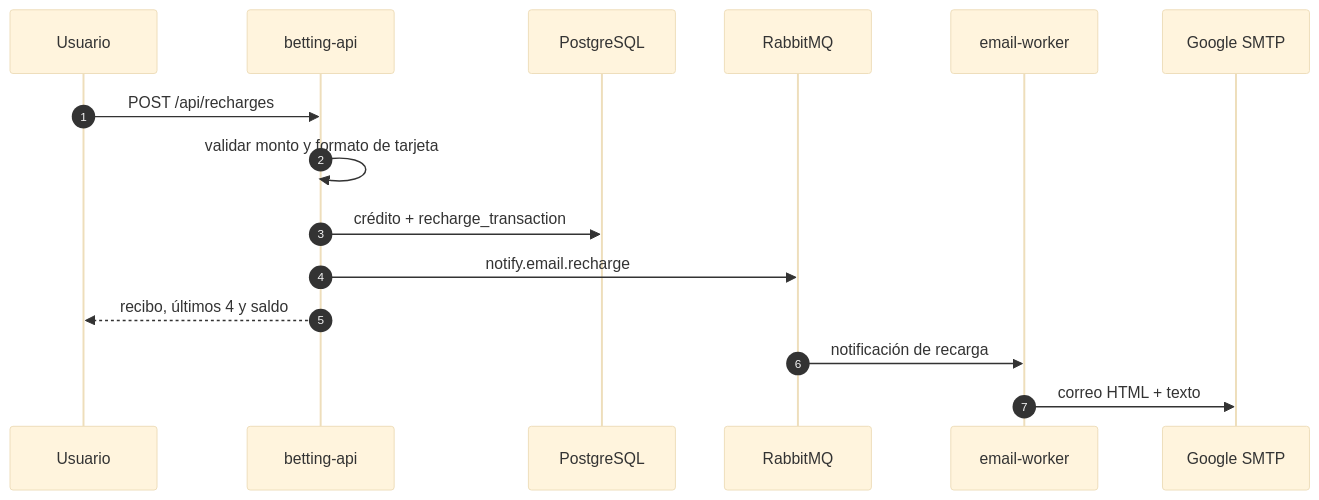
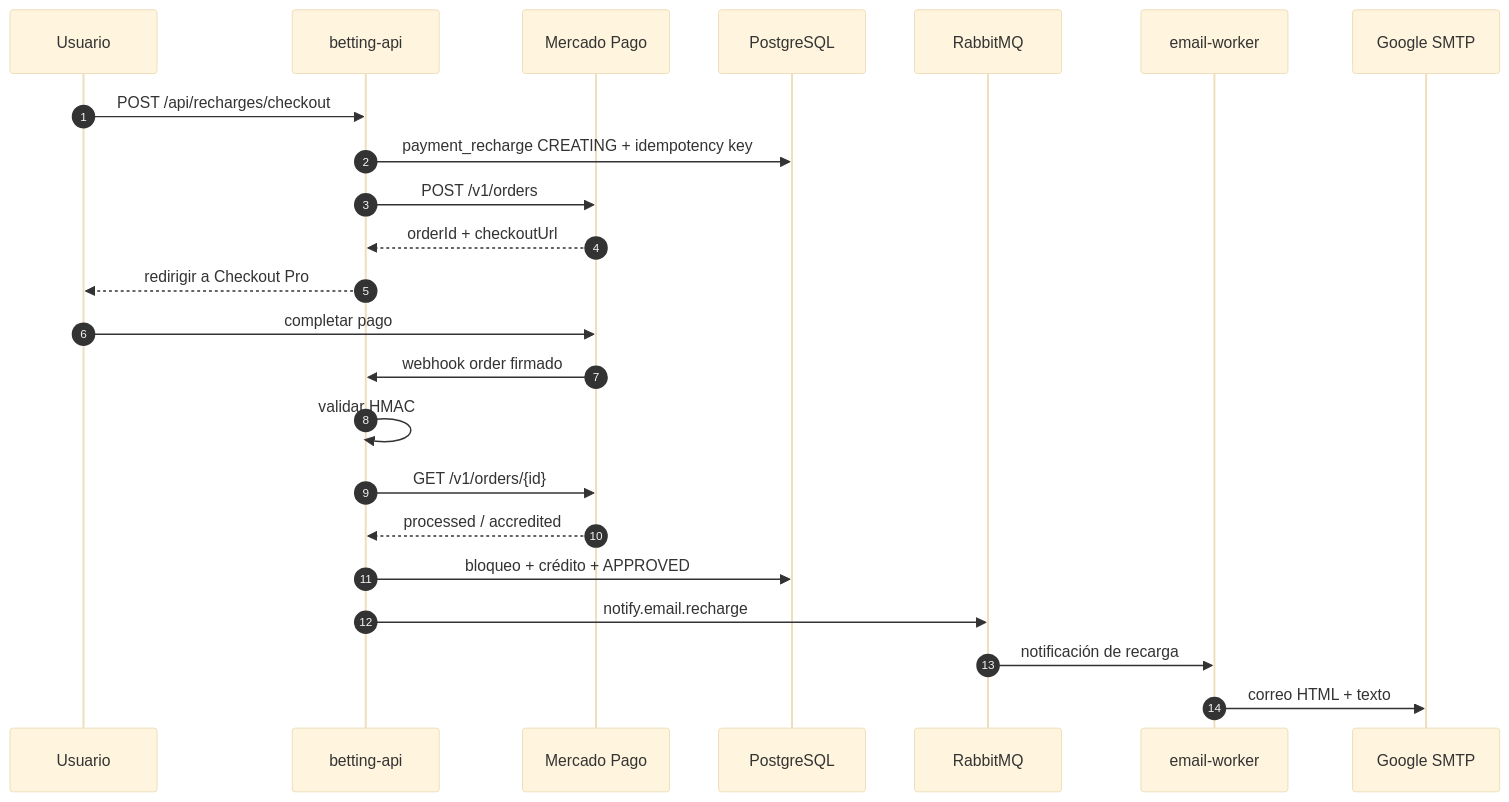
One commit to matheuruales/livebet-grupo3 changed diagram 11 of 18 in docs/diagramas.md. Above: the diagram before and after it, drawn with Mermaid (base theme). The commit also changed 283 other files, not shown here.

Commit message:
feat: integra Mercado Pago y reorganiza el código

````diff
--- a/docs/diagramas.md
+++ b/docs/diagramas.md
@@ -316,18 +316,26 @@
 ```mermaid
 sequenceDiagram
     autonumber
     participant U as Usuario
     participant API as betting-api
+    participant MP as Mercado Pago
     participant P as PostgreSQL
     participant R as RabbitMQ
     participant W as email-worker
     participant M as Google SMTP
 
-    U->>API: POST /api/recharges
-    API->>API: validar monto y formato de tarjeta
-    API->>P: crédito + recharge_transaction
+    U->>API: POST /api/recharges/checkout
+    API->>P: payment_recharge CREATING + idempotency key
+    API->>MP: POST /v1/orders
+    MP-->>API: orderId + checkoutUrl
+    API-->>U: redirigir a Checkout Pro
+    U->>MP: completar pago
+    MP->>API: webhook order firmado
+    API->>API: validar HMAC
+    API->>MP: GET /v1/orders/{id}
+    MP-->>API: processed / accredited
+    API->>P: bloqueo + crédito + APPROVED
     API->>R: notify.email.recharge
-    API-->>U: recibo, últimos 4 y saldo
     R->>W: notificación de recarga
     W->>M: correo HTML + texto
 ```
````
